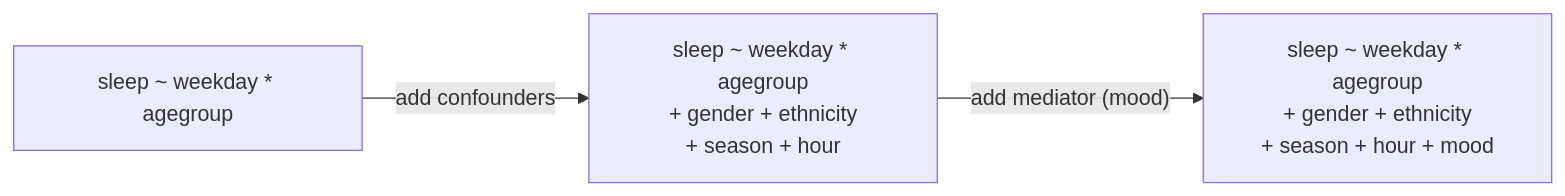
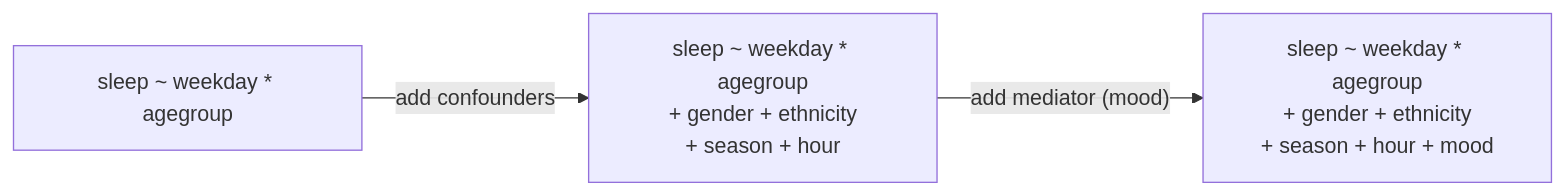
One commit to raemendoza/lumosity changed the second of 2 diagrams in README.md. Above: the diagram before and after it, drawn with Mermaid. The commit also changed other lines of this file, not shown here.

Commit message:
Update mermaid diagrams in README.md

````diff
--- a/README.md
+++ b/README.md
@@ -48,9 +49,10 @@
 ```mermaid
+%%{init: {"flowchart": {"diagramPadding": 125}}}%%
 flowchart LR
     A["sleep ~ weekday * agegroup\n"]
     B["sleep ~ weekday * agegroup\n+ gender + ethnicity\n+ season + hour\n"]
     C["sleep ~ weekday * agegroup\n+ gender + ethnicity\n+ season + hour + mood\n"]
 
     A -->|"add confounders"| B
     B -->|"add mediator (mood)"| C
 ```
````
